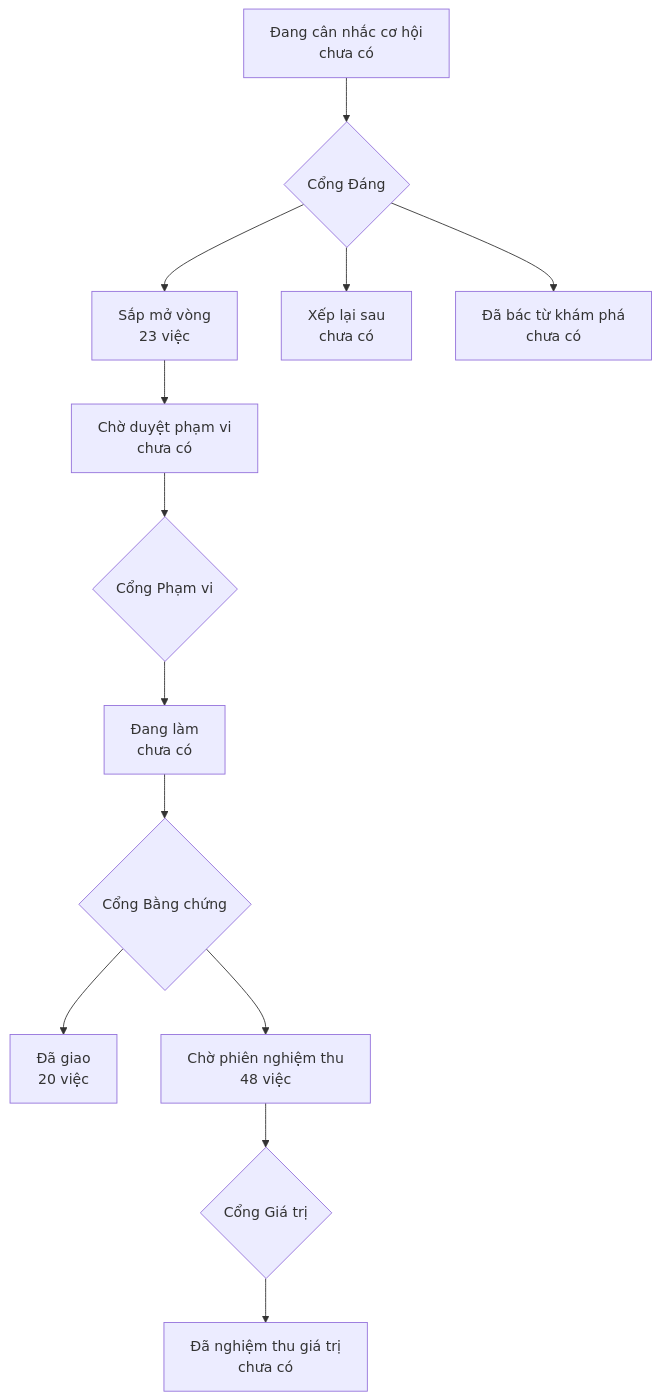
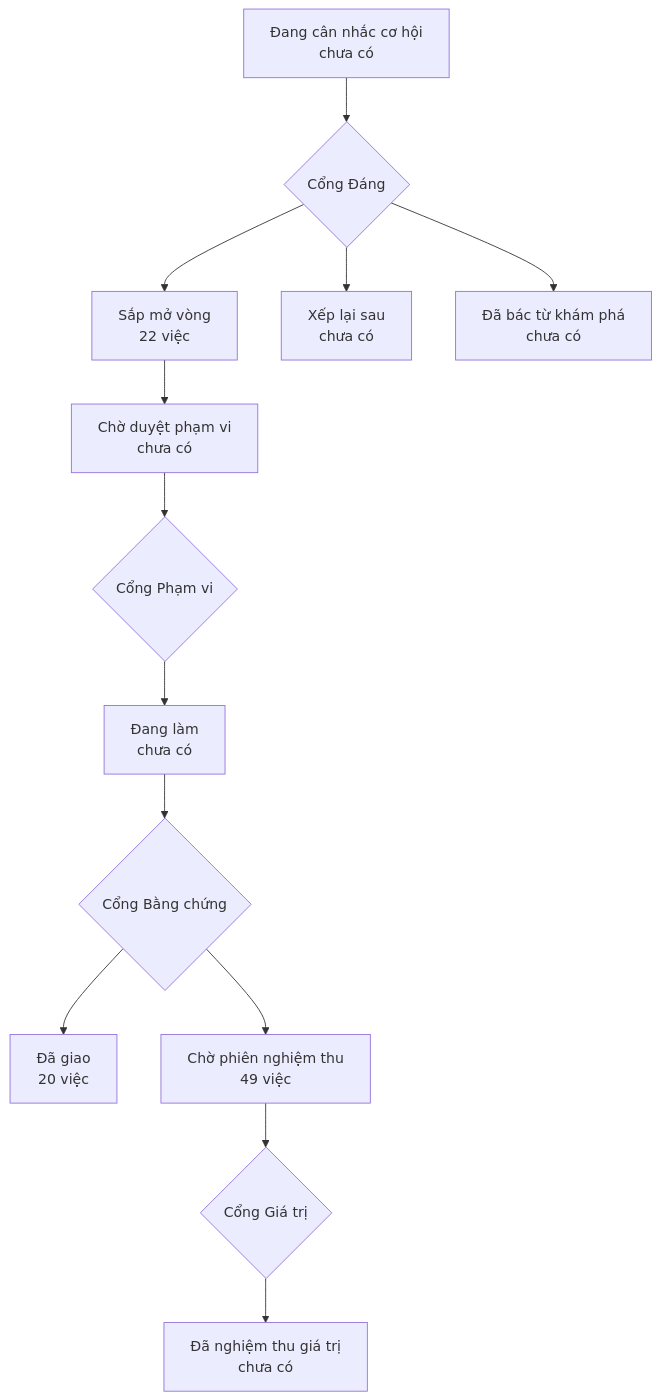
The diagram in PRODUCT-MAP.md (phanlemanh/onehub-quy-hang), drawn with Mermaid before and after one commit. The commit also changed 1 other file, not shown here.

Commit message:
chore: vẽ lại bản đồ sau khi gộp main

````diff
--- a/PRODUCT-MAP.md
+++ b/PRODUCT-MAP.md
@@ -7,12 +7,12 @@
 ```mermaid
 flowchart TD
   A["Đang cân nhắc cơ hội<br/>chưa có"] --> GD{"Cổng Đáng"}
-  GD --> B["Sắp mở vòng<br/>23 việc"]
+  GD --> B["Sắp mở vòng<br/>22 việc"]
   GD --> XL["Xếp lại sau<br/>chưa có"]
   GD --> DB["Đã bác từ khám phá<br/>chưa có"]
   B --> CD["Chờ duyệt phạm vi<br/>chưa có"] --> GP{"Cổng Phạm vi"}
   GP --> DL["Đang làm<br/>chưa có"] --> GB{"Cổng Bằng chứng"}
   GB --> DG["Đã giao<br/>20 việc"]
-  GB --> CN["Chờ phiên nghiệm thu<br/>48 việc"] --> GG{"Cổng Giá trị"}
+  GB --> CN["Chờ phiên nghiệm thu<br/>49 việc"] --> GG{"Cổng Giá trị"}
   GG --> NT["Đã nghiệm thu giá trị<br/>chưa có"]
 ```
````
